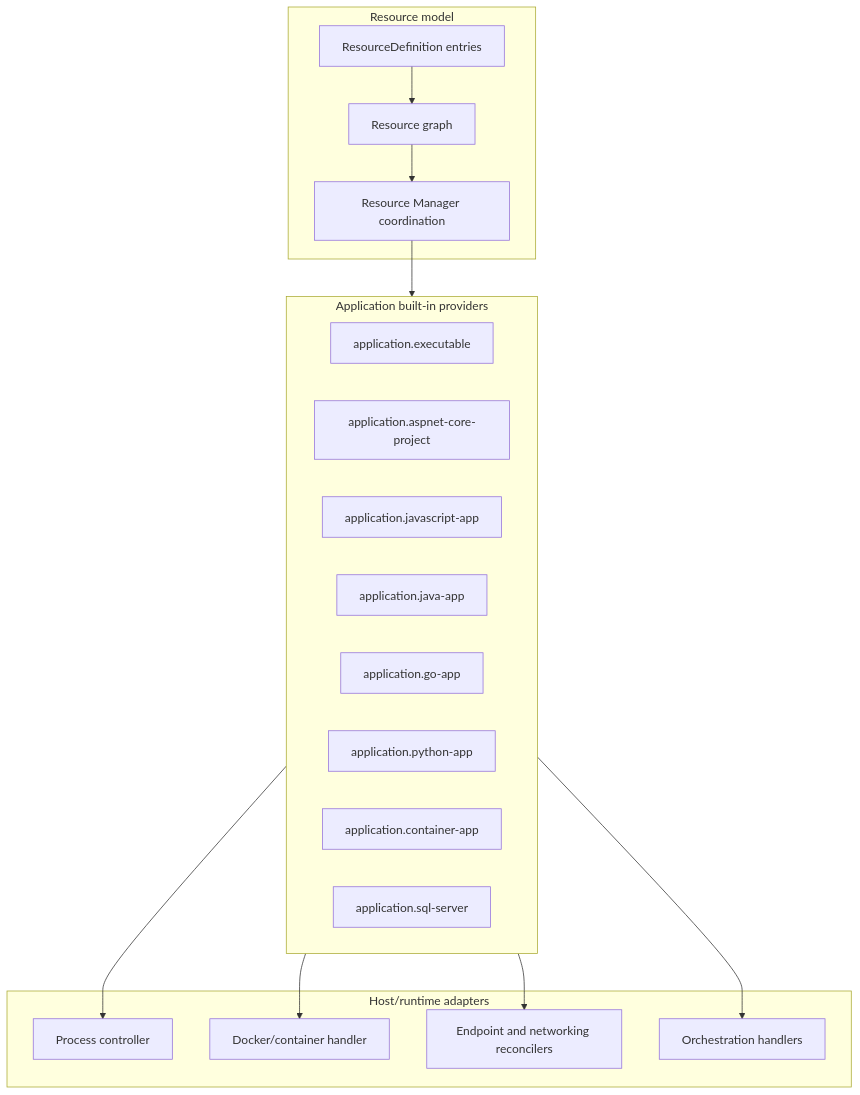
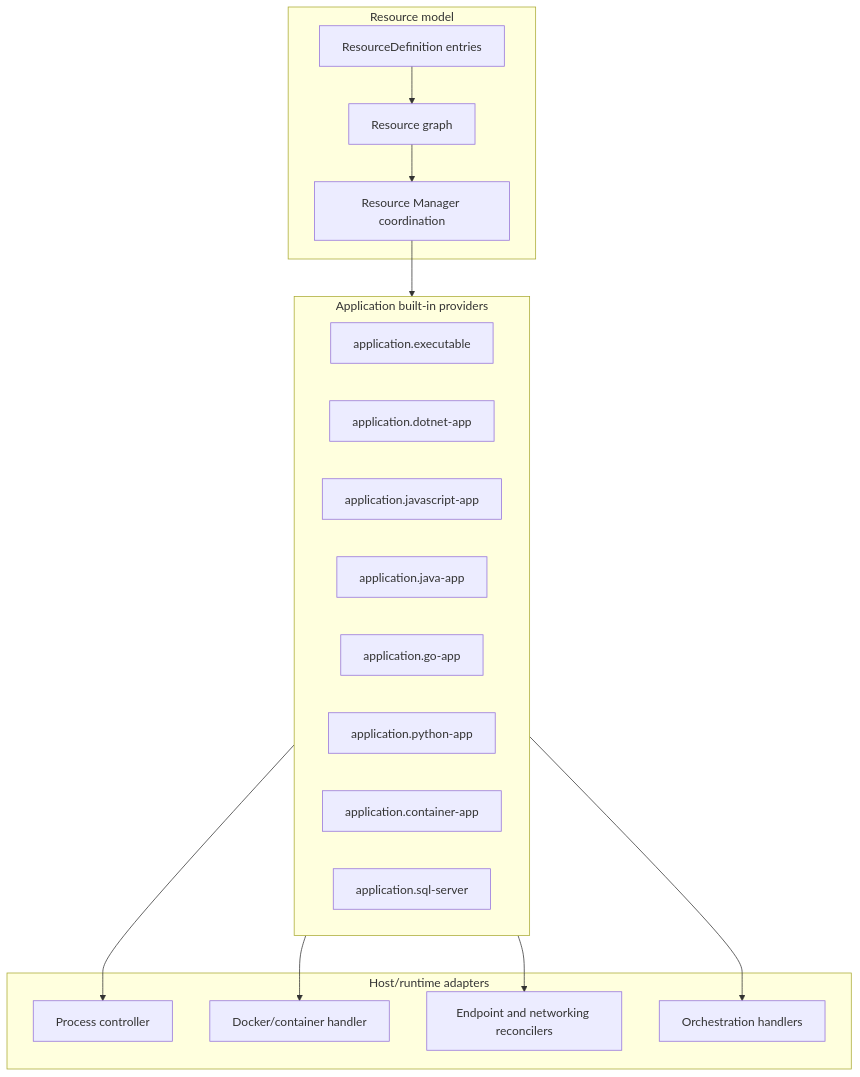
Before and after one commit to marinasundstrom/CloudShell: the diagram in docs/resources/application-resources.md, drawn with Mermaid. The commit also changed other lines of this file and 64 other files, not shown here.

Commit message:
Rename ASP.NET Core project resource to .NET app

````diff
--- a/docs/resources/application-resources.md
+++ b/docs/resources/application-resources.md
@@ -74,34 +74,34 @@
 ```mermaid
 flowchart TB
     subgraph ResourceModel["Resource model"]
         Definition["ResourceDefinition entries"]
         Graph["Resource graph"]
         ResourceManager["Resource Manager coordination"]
     end
 
     subgraph Providers["Application built-in providers"]
         Executable["application.executable"]
-        AspNet["application.aspnet-core-project"]
+        AspNet["application.dotnet-app"]
         JavaScript["application.javascript-app"]
         Java["application.java-app"]
         Go["application.go-app"]
         Python["application.python-app"]
         Container["application.container-app"]
         SqlServer["application.sql-server"]
     end
 
     subgraph Runtime["Host/runtime adapters"]
         Process["Process controller"]
         Docker["Docker/container handler"]
         Network["Endpoint and networking reconcilers"]
         Orchestrator["Orchestration handlers"]
     end
 
     Definition --> Graph
     Graph --> ResourceManager
     ResourceManager --> Providers
     Providers --> Process
     Providers --> Docker
     Providers --> Network
     Providers --> Orchestrator
 ```
````
